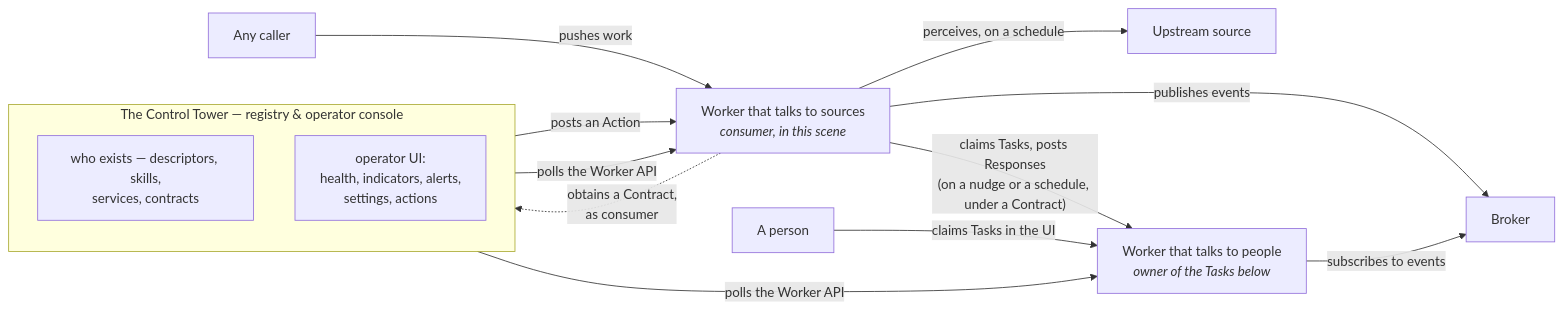
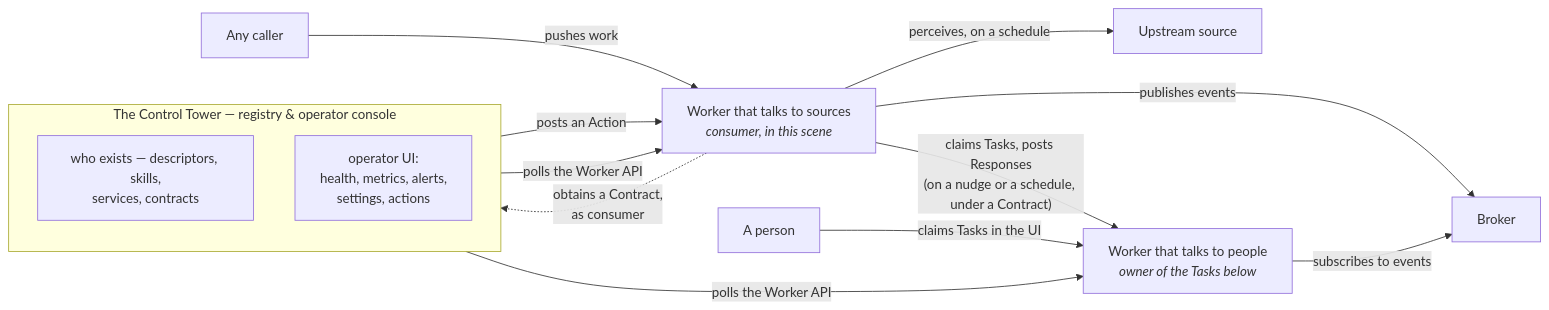
Before and after one commit to rowing-tech/worker-protocol: the diagram in docs/architecture.md, drawn with Mermaid. The commit also changed other lines of this file and 12 other files, not shown here.

First line of the commit message:
refactor(spec): rename indicators to metrics, and keep the word for a metric read against a level

````diff
--- a/docs/architecture.md
+++ b/docs/architecture.md
@@ -137,25 +138,25 @@
 ```mermaid
 flowchart LR
   subgraph tower["The Control Tower — registry & operator console"]
     direction TB
     registry["who exists — descriptors, skills,<br/>services, contracts"]
-    console["operator UI:<br/>health, indicators, alerts,<br/>settings, actions"]
+    console["operator UI:<br/>health, metrics, alerts,<br/>settings, actions"]
   end
   source["Upstream source"]
   caller["Any caller"]
   worker["Worker that talks to sources<br/><i>consumer, in this scene</i>"]
   app["Worker that talks to people<br/><i>owner of the Tasks below</i>"]
   broker["Broker"]
   person["A person"]
 
   worker -- "perceives, on a schedule" --> source
   caller -- "pushes work" --> worker
   worker -- "claims Tasks, posts Responses<br/>(on a nudge or a schedule, under a Contract)" --> app
   person -- "claims Tasks in the UI" --> app
   worker -- "publishes events" --> broker
   app -- "subscribes to events" --> broker
   tower -- "polls the Worker API" --> worker
   tower -- "polls the Worker API" --> app
   console -- "posts an Action" --> worker
   worker -. "obtains a Contract,<br/>as consumer" .-> registry
 ```
````
